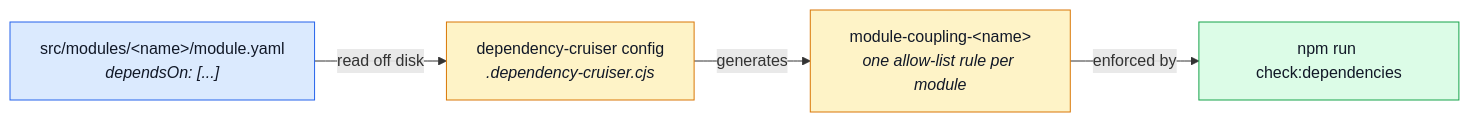
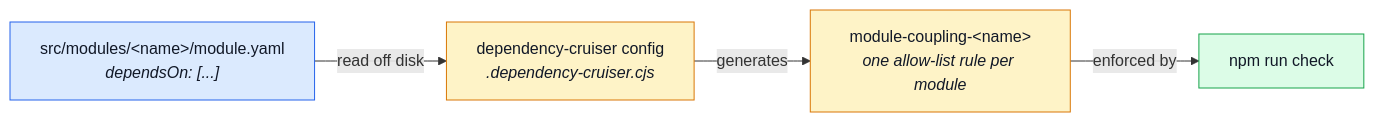
One commit to Guebbit/boilerplate-node-backend changed the diagram in docs/tools/dependency-graph.md. Above: the diagram before and after it, drawn with Mermaid. The commit also changed other lines of this file and 112 other files, not shown here.

````diff
--- a/docs/tools/dependency-graph.md
+++ b/docs/tools/dependency-graph.md
@@ -89,14 +89,14 @@
 ```mermaid
 %%{init: {'flowchart': {'nodeSpacing': 30, 'rankSpacing': 45}}}%%
 flowchart LR
     Y["src/modules/&lt;name&gt;/module.yaml<br/><i>dependsOn: [...]</i>"] -->|read off disk| G["dependency-cruiser config<br/><i>.dependency-cruiser.cjs</i>"]
     G -->|generates| R["module-coupling-&lt;name&gt;<br/><i>one allow-list rule per module</i>"]
-    R -->|enforced by| C["npm run check:dependencies"]
+    R -->|enforced by| C["npm run check"]
 
     classDef src fill:#dbeafe,stroke:#2563eb,color:#111827;
     classDef gen fill:#fef3c7,stroke:#d97706,color:#111827;
     classDef out fill:#dcfce7,stroke:#16a34a,color:#111827;
     class Y src;
     class G,R gen;
     class C out;
 ```
````
